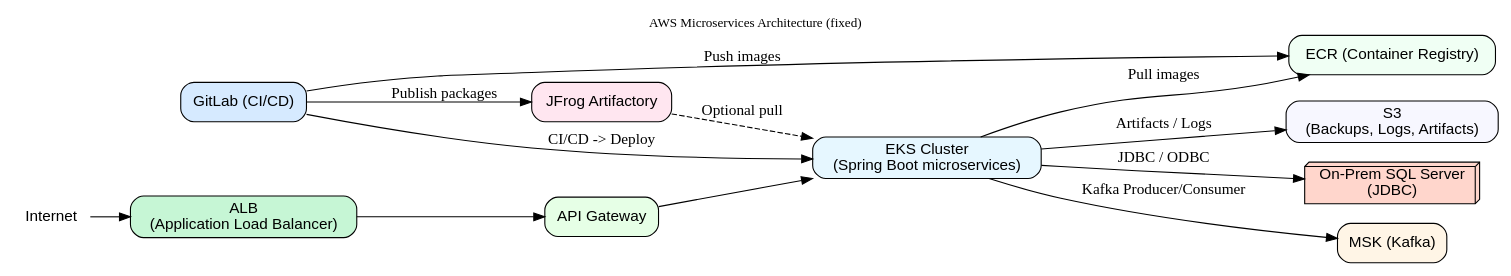
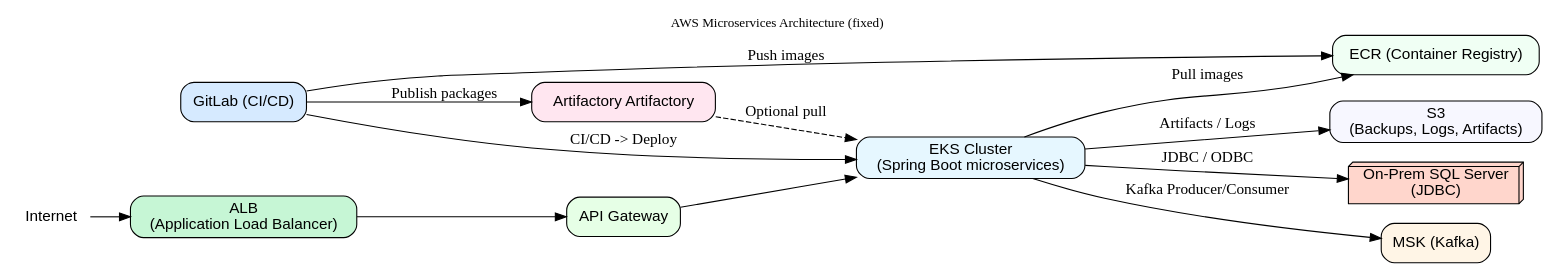
One commit to SureshMohanasundaram/Architecture_Diagrams_Python_AI changed the diagram in Arch_Diagrams/diagrams/aws_microservices_fixed.dot. Above: the diagram before and after it, drawn with Graphviz. The commit also changed other lines of this file and 8 other files, not shown here.

Commit message:
Replace JFrog with Artifactory; remove Artifacts from S3 labels; regen affected diagrams

```diff
--- a/Arch_Diagrams/diagrams/aws_microservices_fixed.dot
+++ b/Arch_Diagrams/diagrams/aws_microservices_fixed.dot
@@ -1,32 +1,32 @@
 // Simplified AWS Microservices Architecture DOT (fixed)
 digraph AWS_Microservices_Fixed {
   rankdir=LR;
   graph [fontsize=12 labelloc=t label="AWS Microservices Architecture (fixed)"];
   node [shape=box style="rounded,filled" fillcolor="#ffffff" fontname="Helvetica"];
 
   // Public
   ALB [label="ALB\n(Application Load Balancer)", fillcolor="#c6f6d5"];
   APIGateway [label="API Gateway", fillcolor="#e6ffe6"];
   GitLab [label="GitLab (CI/CD)", fillcolor="#d6eaff"];
-  Artifactory [label="JFrog Artifactory", fillcolor="#ffe6f0"];
+  Artifactory [label="Artifactory Artifactory", fillcolor="#ffe6f0"];
 
   // Private
   EKS [label="EKS Cluster\n(Spring Boot microservices)", fillcolor="#e6f7ff"];
   MSK [label="MSK (Kafka)", fillcolor="#fff5e6"];
   ECR [label="ECR (Container Registry)", fillcolor="#f0fff4"];
   S3 [label="S3\n(Backups, Logs, Artifacts)", fillcolor="#f7f7ff"];
   OnPremSQL [label="On-Prem SQL Server\n(JDBC)", shape=box3d fillcolor="#ffd6cc"];
 
   // Flows
   Internet [shape=plaintext label="Internet"];
   Internet -> ALB -> APIGateway -> EKS;
   EKS -> MSK [label="Kafka Producer/Consumer"];
   EKS -> OnPremSQL [label="JDBC / ODBC"];
   EKS -> ECR [label="Pull images"];
   EKS -> S3 [label="Artifacts / Logs"];
   GitLab -> ECR [label="Push images"];
   GitLab -> Artifactory [label="Publish packages"];
   GitLab -> EKS [label="CI/CD -> Deploy"];
   Artifactory -> EKS [label="Optional pull" style=dashed];
 
 }
```
